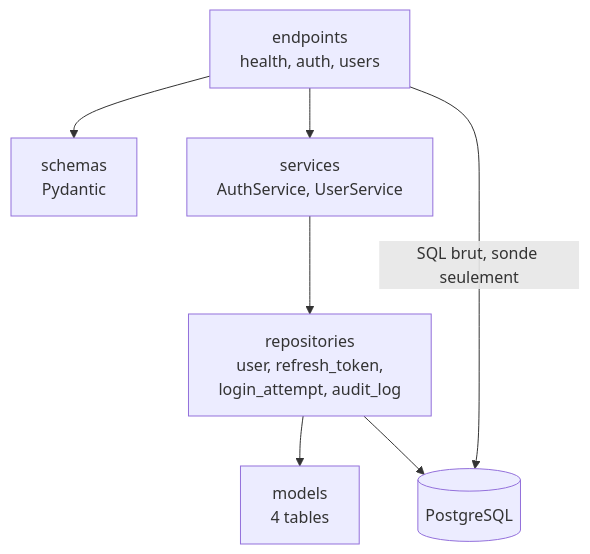
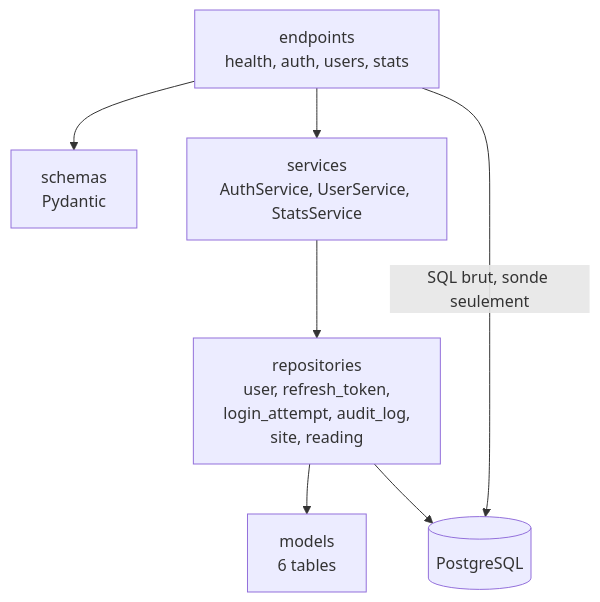
Before and after one commit to ineszang/ProjetPiscine_EnerVision: the first of 3 diagrams in docs/architecture/20-backend.md, drawn with Mermaid. The commit also changed other lines of this file and 11 other files, not shown here.

````diff
--- a/docs/architecture/20-backend.md
+++ b/docs/architecture/20-backend.md
@@ -13,16 +13,16 @@
 ```mermaid
 flowchart TB
-  ep["endpoints<br/>health, auth, users"]
+  ep["endpoints<br/>health, auth, users, stats"]
   sc["schemas<br/>Pydantic"]
-  sv["services<br/>AuthService, UserService"]
-  rp["repositories<br/>user, refresh_token,<br/>login_attempt, audit_log"]
-  md["models<br/>4 tables"]
+  sv["services<br/>AuthService, UserService, StatsService"]
+  rp["repositories<br/>user, refresh_token,<br/>login_attempt, audit_log,<br/>site, reading"]
+  md["models<br/>6 tables"]
   db[("PostgreSQL")]
 
   ep --> sc
   ep --> sv
   sv --> rp
   rp --> md
   ep -->|"SQL brut, sonde seulement"| db
   rp --> db
 ```
````
